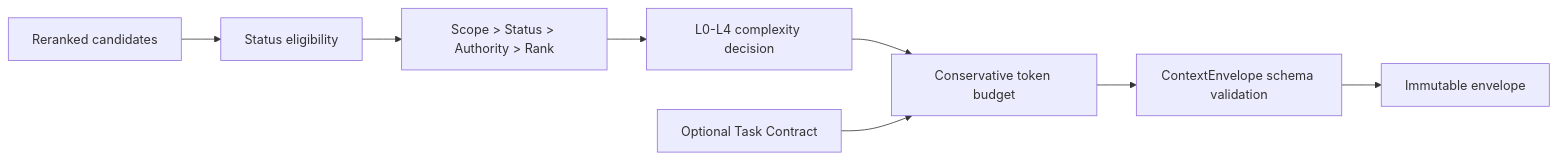
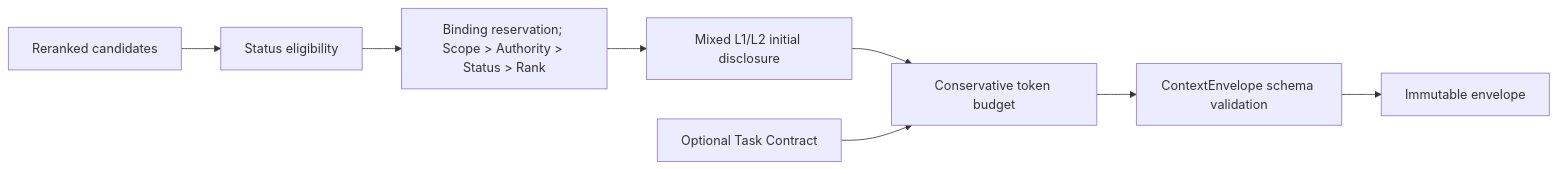
Before and after one commit to smarteacup/ZhiLoop: the diagram in docs/implementation/ckl-504-context-orchestrator.md, drawn with Mermaid. The commit also changed other lines of this file and 29 other files, not shown here.

````diff
--- a/docs/implementation/ckl-504-context-orchestrator.md
+++ b/docs/implementation/ckl-504-context-orchestrator.md
@@ -24,10 +24,10 @@
 ```mermaid
 flowchart LR
     Candidates["Reranked candidates"] --> Eligibility["Status eligibility"]
-    Eligibility --> Priority["Scope > Status > Authority > Rank"]
-    Priority --> Level["L0-L4 complexity decision"]
+    Eligibility --> Priority["Binding reservation; Scope > Authority > Status > Rank"]
+    Priority --> Level["Mixed L1/L2 initial disclosure"]
     Level --> Budget["Conservative token budget"]
     Contract["Optional Task Contract"] --> Budget
     Budget --> Schema["ContextEnvelope schema validation"]
     Schema --> Output["Immutable envelope"]
 ```
````
